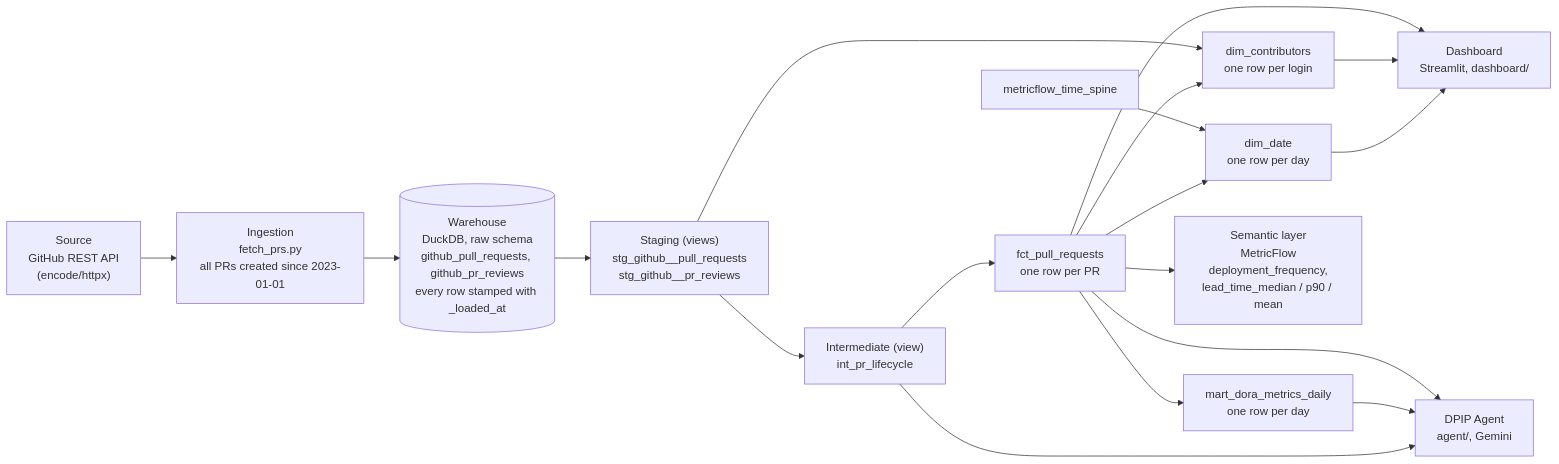
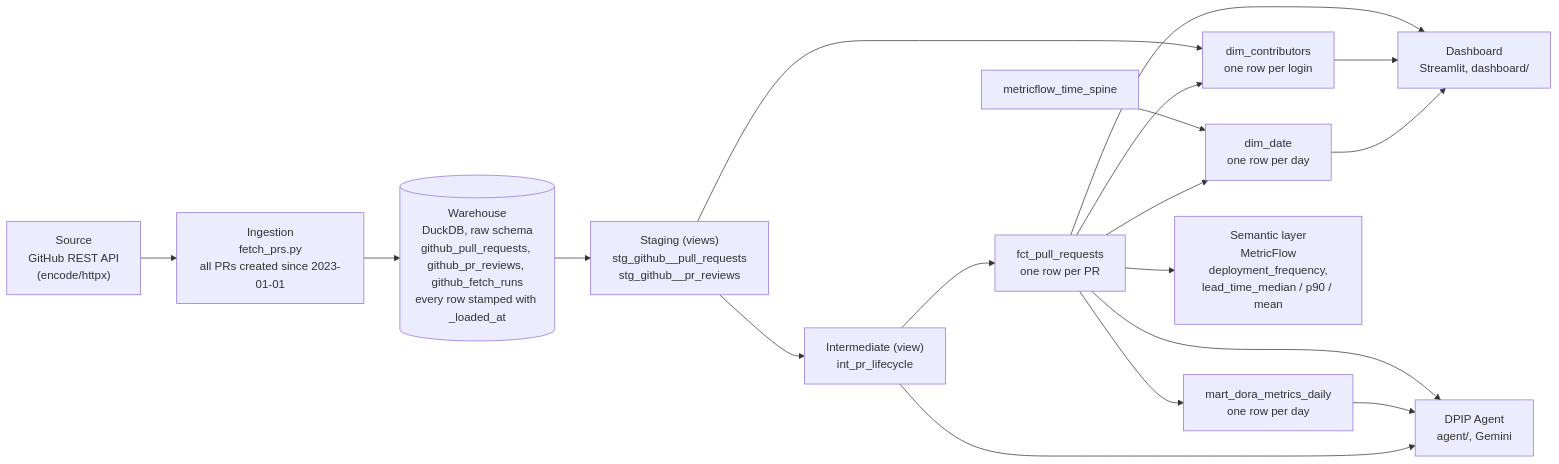
Before and after one commit to pritysapkal/dpi-platform-v2: the first of 2 diagrams in README.md, drawn with Mermaid. The commit also changed other lines of this file and 1 other file, not shown here.

Commit message:
Docs: incremental loading, the fetch log and what the daily workflow still does in full

````diff
--- a/README.md
+++ b/README.md
@@ -84,20 +84,20 @@
 ```mermaid
 flowchart LR
     S["Source<br/>GitHub REST API<br/>(encode/httpx)"] --> I["Ingestion<br/>fetch_prs.py<br/>all PRs created since 2023-01-01"]
-    I --> W[("Warehouse<br/>DuckDB, raw schema<br/>github_pull_requests, github_pr_reviews<br/>every row stamped with _loaded_at")]
+    I --> W[("Warehouse<br/>DuckDB, raw schema<br/>github_pull_requests, github_pr_reviews, github_fetch_runs<br/>every row stamped with _loaded_at")]
     W --> ST["Staging (views)<br/>stg_github__pull_requests<br/>stg_github__pr_reviews"]
     ST --> INT["Intermediate (view)<br/>int_pr_lifecycle"]
     INT --> FCT["fct_pull_requests<br/>one row per PR"]
     ST --> DIMC["dim_contributors<br/>one row per login"]
     FCT --> DIMC
     TS["metricflow_time_spine"] --> DIMD["dim_date<br/>one row per day"]
     FCT --> DIMD
     FCT --> MART["mart_dora_metrics_daily<br/>one row per day"]
     FCT --> SEM["Semantic layer<br/>MetricFlow<br/>deployment_frequency,<br/>lead_time_median / p90 / mean"]
     FCT --> DASH["Dashboard<br/>Streamlit, dashboard/"]
     DIMC --> DASH
     DIMD --> DASH
     FCT --> AGENT["DPIP Agent<br/>agent/, Gemini"]
     MART --> AGENT
     INT --> AGENT
 ```
````
